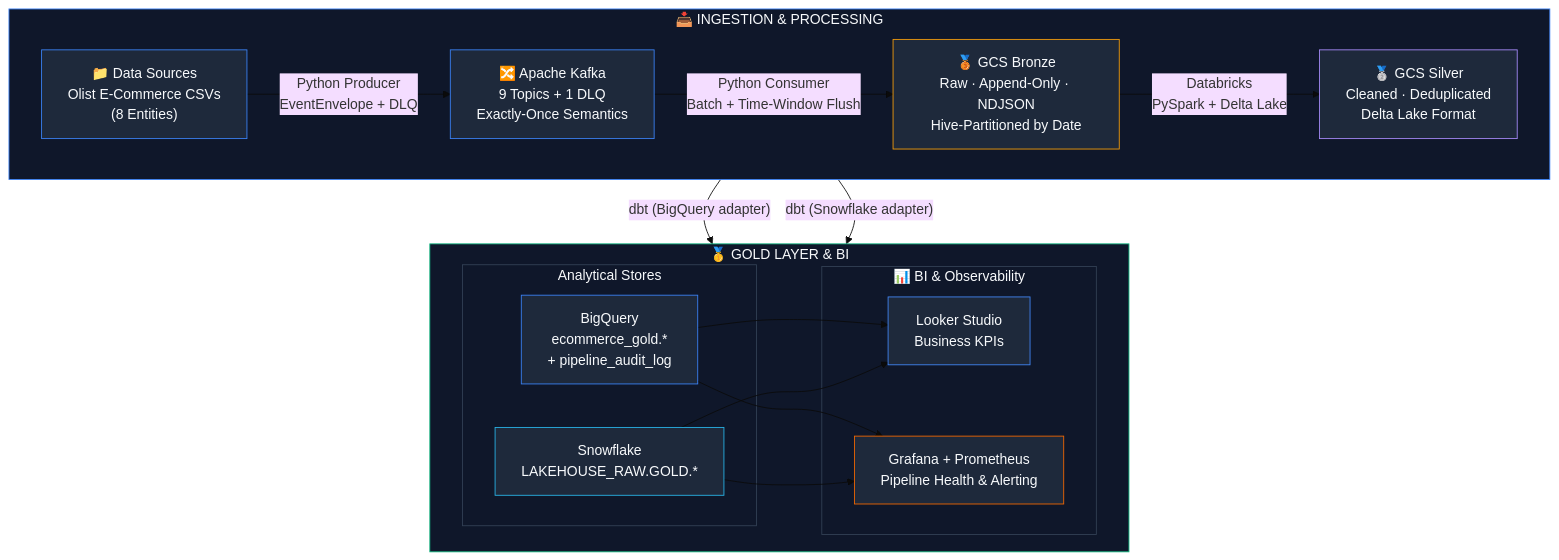
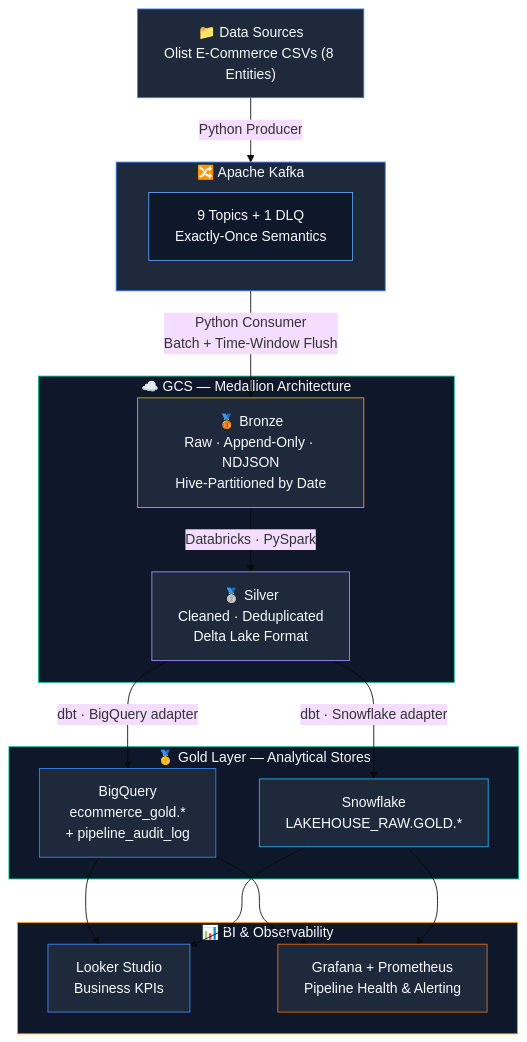
Before and after one commit to MRendiks/lakehouse-paradigm-comparison: the first of 2 diagrams in README.md, drawn with Mermaid (base theme). The commit also changed 1 other file, not shown here.

Commit message:
:art: Update architecture diagram for improved clarity and detail

````diff
--- a/README.md
+++ b/README.md
@@ -94,42 +94,49 @@
 ```mermaid
 flowchart TD
-    subgraph INGESTION["📥 INGESTION & PROCESSING"]
-        direction LR
-        DS["📁 Data Sources\nOlist E-Commerce CSVs\n(8 Entities)"] -->|"Python Producer\nEventEnvelope + DLQ"| K
-        K["🔀 Apache Kafka\n9 Topics + 1 DLQ\nExactly-Once Semantics"] -->|"Python Consumer\nBatch + Time-Window Flush"| BRZ
-        BRZ["🥉 GCS Bronze\nRaw · Append-Only · NDJSON\nHive-Partitioned by Date"] -->|"Databricks\nPySpark + Delta Lake"| SLV
-        SLV["🥈 GCS Silver\nCleaned · Deduplicated\nDelta Lake Format"]
+    DS["📁 Data Sources\nOlist E-Commerce CSVs (8 Entities)"]
+
+    DS -->|"Python Producer"| K
+
+    subgraph K["🔀 Apache Kafka"]
+        K1["9 Topics + 1 DLQ\nExactly-Once Semantics"]
     end
 
-    SLV -->|"dbt (BigQuery adapter)"| BQ
-    SLV -->|"dbt (Snowflake adapter)"| SF
+    K -->|"Python Consumer\nBatch + Time-Window Flush"| BRZ
 
-    subgraph GOLD["🥇 GOLD LAYER & BI"]
-        direction LR
-        subgraph ANALYTICAL["Analytical Stores"]
-            BQ["BigQuery\necommerce_gold.*\n+ pipeline_audit_log"]
-            SF["Snowflake\nLAKEHOUSE_RAW.GOLD.*"]
-        end
-        subgraph BI["📊 BI & Observability"]
-            LS["Looker Studio\nBusiness KPIs"]
-            GF["Grafana + Prometheus\nPipeline Health & Alerting"]
-        end
-        BQ --> LS
-        BQ --> GF
-        SF --> LS
-        SF --> GF
+    subgraph MEDALLION["☁️ GCS — Medallion Architecture"]
+        BRZ["🥉 Bronze\nRaw · Append-Only · NDJSON\nHive-Partitioned by Date"]
+        SLV["🥈 Silver\nCleaned · Deduplicated\nDelta Lake Format"]
+        BRZ -->|"Databricks · PySpark"| SLV
     end
 
-    style INGESTION fill:#0f172a,stroke:#3b82f6,color:#f8fafc
-    style GOLD fill:#0f172a,stroke:#10b981,color:#f8fafc
-    style ANALYTICAL fill:transparent,stroke:#334155,color:#f8fafc
-    style BI fill:transparent,stroke:#334155,color:#f8fafc
+    SLV -->|"dbt · BigQuery adapter"| BQ
+    SLV -->|"dbt · Snowflake adapter"| SF
+
+    subgraph GOLD["🥇 Gold Layer — Analytical Stores"]
+        BQ["BigQuery\necommerce_gold.*\n+ pipeline_audit_log"]
+        SF["Snowflake\nLAKEHOUSE_RAW.GOLD.*"]
+    end
+
+    BQ --> LS
+    BQ --> GF
+    SF --> LS
+    SF --> GF
+
+    subgraph BI["📊 BI & Observability"]
+        LS["Looker Studio\nBusiness KPIs"]
+        GF["Grafana + Prometheus\nPipeline Health & Alerting"]
+    end
+
     style DS fill:#1e293b,stroke:#3b82f6,color:#f8fafc
     style K fill:#1e293b,stroke:#3b82f6,color:#f8fafc
+    style K1 fill:#0f172a,stroke:#60a5fa,color:#f8fafc
+    style MEDALLION fill:#0f172a,stroke:#10b981,color:#f8fafc
     style BRZ fill:#1e293b,stroke:#f59e0b,color:#f8fafc
     style SLV fill:#1e293b,stroke:#a78bfa,color:#f8fafc
+    style GOLD fill:#0f172a,stroke:#10b981,color:#f8fafc
     style BQ fill:#1e293b,stroke:#3b82f6,color:#f8fafc
     style SF fill:#1e293b,stroke:#29b5e8,color:#f8fafc
+    style BI fill:#0f172a,stroke:#f59e0b,color:#f8fafc
     style LS fill:#1e293b,stroke:#4285f4,color:#f8fafc
     style GF fill:#1e293b,stroke:#f46800,color:#f8fafc
 ```
````
